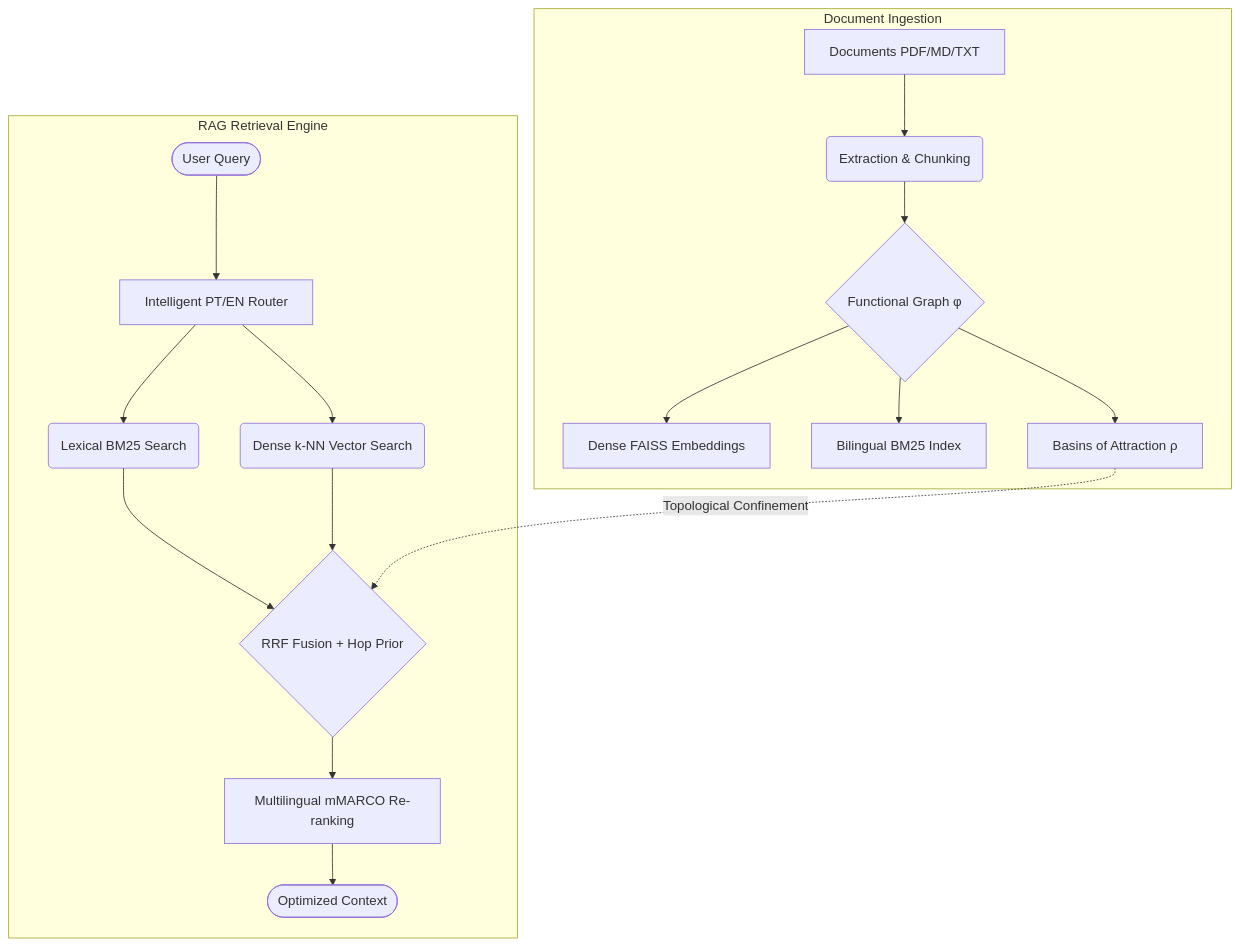
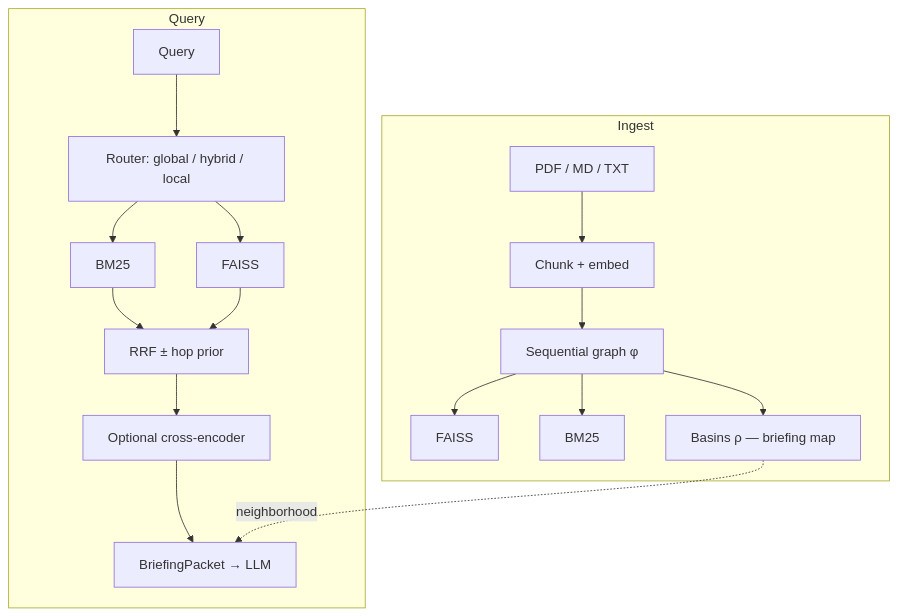
One commit to Basinfy/BasinRAG changed the diagram in README.md. Above: the diagram before and after it, drawn with Mermaid. The commit also changed other lines of this file and 43 other files, not shown here.

First line of the commit message:
Improve hybrid recall pipeline and document BasinRAG as briefing-map RAG.

````diff
--- a/README.md
+++ b/README.md
@@ -25,23 +37,20 @@
 ```mermaid
 graph TD
-    %% Ingest Pipeline
-    subgraph Document Ingestion
-        A[Documents PDF/MD/TXT] --> B(Extraction & Chunking)
-        B --> C{Functional Graph φ}
-        C --> D[Dense FAISS Embeddings]
-        C --> E[Bilingual BM25 Index]
-        C --> F[Basins of Attraction ρ]
+    subgraph Ingest
+        A[PDF / MD / TXT] --> B[Chunk + embed]
+        B --> C[Sequential graph φ]
+        C --> D[FAISS]
+        C --> E[BM25]
+        C --> F[Basins ρ — briefing map]
     end
-
-    %% Query Pipeline
-    subgraph RAG Retrieval Engine
-        Q([User Query]) --> R[Intelligent PT/EN Router]
-        R --> S1(Lexical BM25 Search)
-        R --> S2(Dense k-NN Vector Search)
-        S1 --> T{RRF Fusion + Hop Prior}
+    subgraph Query
+        Q[Query] --> R[Router: global / hybrid / local]
+        R --> S1[BM25]
+        R --> S2[FAISS]
+        S1 --> T[RRF ± hop prior]
         S2 --> T
-        F -. Topological Confinement .-> T
-        T --> U[Multilingual mMARCO Re-ranking]
-        U --> V([Optimized Context])
+        T --> U[Optional cross-encoder]
+        U --> V[BriefingPacket → LLM]
+        F -. neighborhood .-> V
     end
 ```
````
